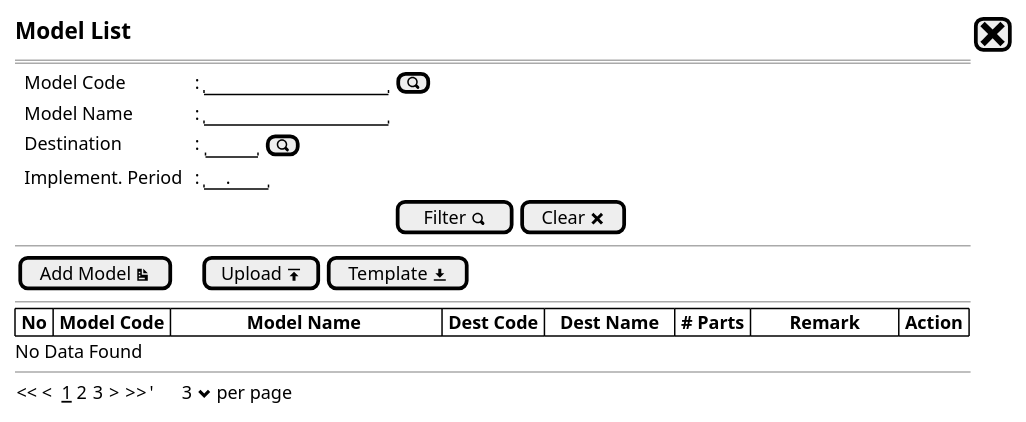
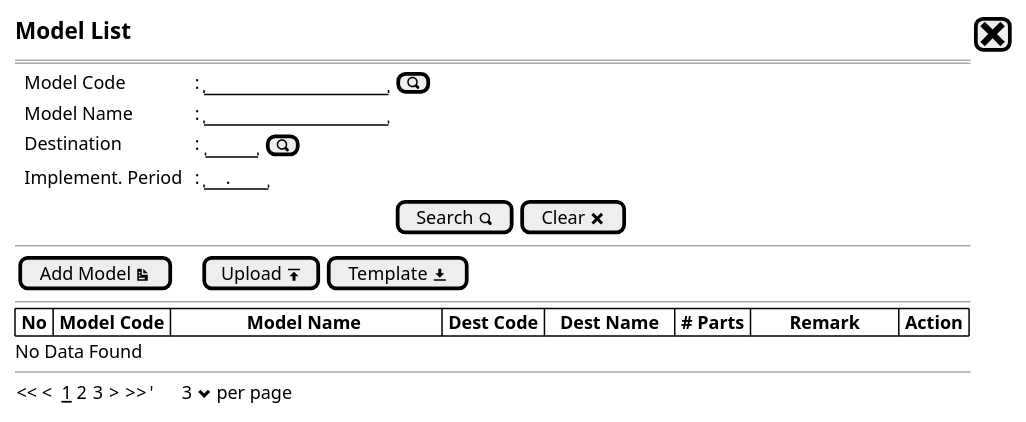
The diagram in Model/model - newstep0.puml (ari-fikri/packing-cost-mockup), drawn with PlantUML before and after one commit. The commit also changed 11 other files, not shown here.

Commit message:
- menambahkan material list - menambahkan material new - rename menu module type menjadi material - rename button filter di model menjadi search - rename button filter di project menjadi search

```diff
--- a/Model/model - newstep0.puml
+++ b/Model/model - newstep0.puml
@@ -1,27 +1,27 @@
 @startsalt
 {
   <size:15><b>Model List |[<size:25><&x>]|*
   ==
   {
     .|Model Code         |: |"               "|[<&magnifying-glass>]|*
     .|Model Name         |: |"               "|*
     .|Destination        |: {|"    "|[<&magnifying-glass>]|}*
     .|Implement. Period  |: |"    ."|*
   }
-  {|                                                                                |[Filter <&magnifying-glass>]|[Clear <&x>]|}
+  {|                                                                                |[Search <&magnifying-glass>]|[Clear <&x>]|}
   --
   {
     [Add Model <&document>]|.|.|.|[Upload <&data-transfer-upload>]| [Template <&data-transfer-download>]|* 
   }
   --
   {#
    | <b>No | <b>Model Code |                <b>Model Name                 | <b>Dest Code |   <b>Dest Name   | <b># Parts |<b>        Remark        |<b> Action |*|*|*
   }
   No Data Found
   --
   {
   << <  __1__ 2 3  > >>  |'      3 <&chevron-bottom> per page |*
   }
 
 }
 @endsalt
```
